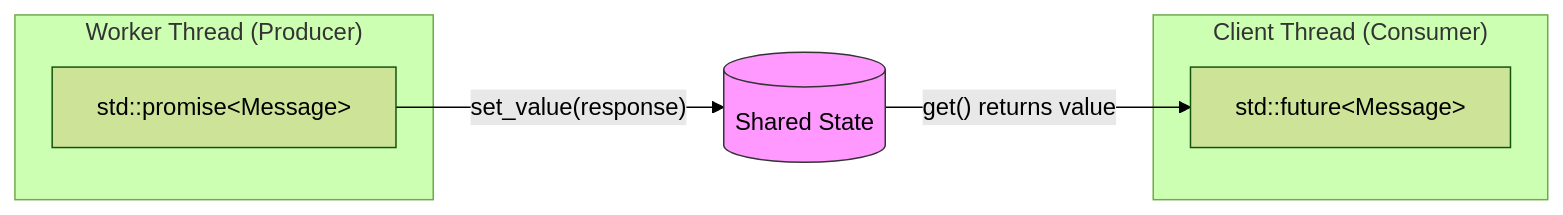
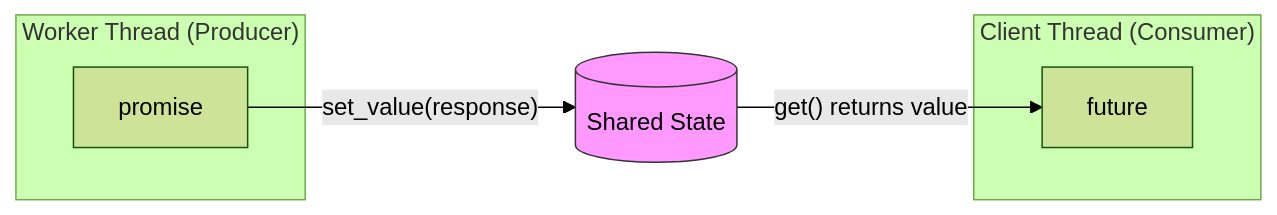
The tenth of 16 diagrams in README.md (lucwens/StateMachine), drawn with Mermaid (forest theme) before and after one commit. The commit also changed other lines of this file and 1 other file, not shown here.

First line of the commit message:
docs: Restructure message handling docs with three orthogonal dimensions

````diff
--- a/README.md
+++ b/README.md
@@ -410,15 +532,15 @@
 ```mermaid
 flowchart LR
     subgraph Producer ["Worker Thread (Producer)"]
-        P[std::promise&lt;Message&gt;]
+        P[promise]
     end
 
     subgraph Consumer ["Client Thread (Consumer)"]
-        F[std::future&lt;Message&gt;]
+        F[future]
     end
 
     P -->|"set_value(response)"| SS[(Shared State)]
     SS -->|"get() returns value"| F
 
     style SS fill:#f9f,stroke:#333
 ```
````
